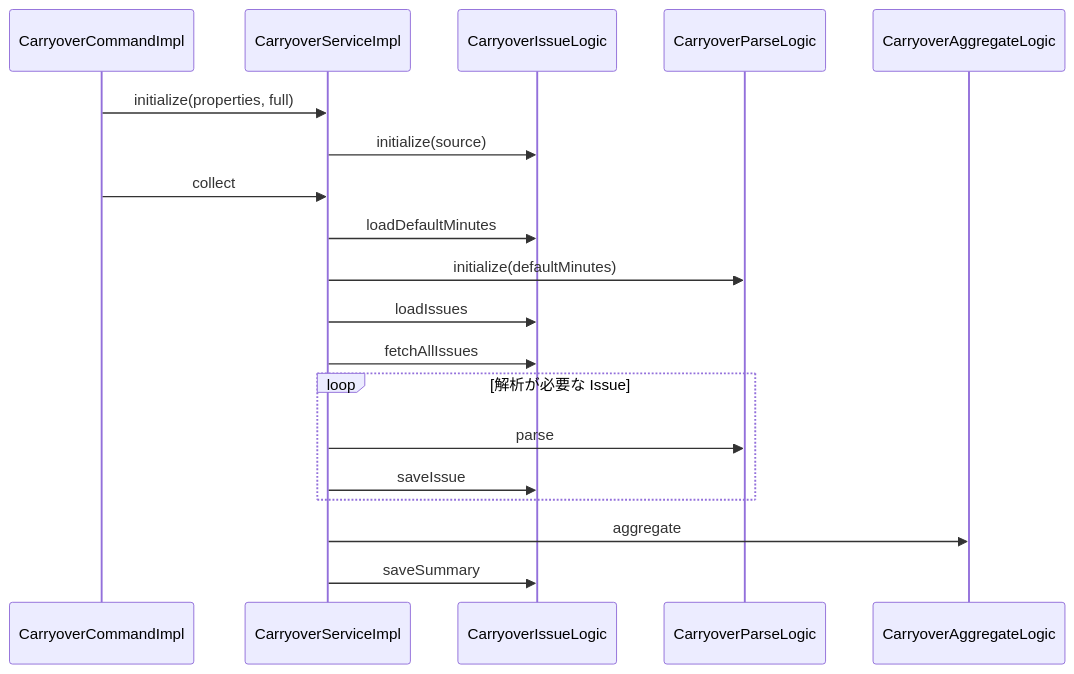
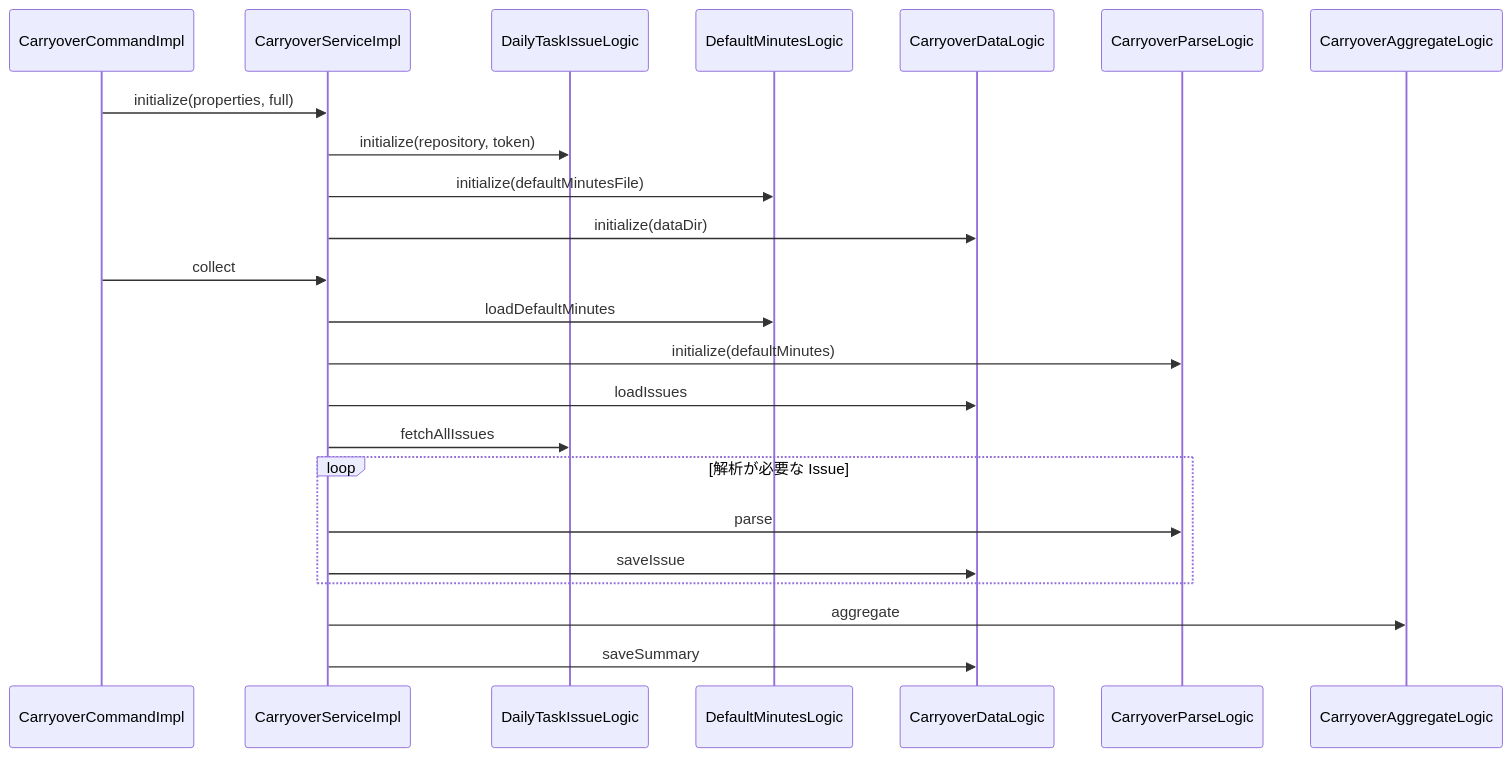
The diagram in docs/design/backend/03-processing.md (KenichiroArai/kb002_daily-tasks_doc), drawn with Mermaid before and after one commit. The commit also changed other lines of this file and 4 other files, not shown here.

````diff
--- a/docs/design/backend/03-processing.md
+++ b/docs/design/backend/03-processing.md
@@ -21,22 +21,26 @@
 ```mermaid
 sequenceDiagram
   participant Command as CarryoverCommandImpl
   participant Service as CarryoverServiceImpl
-  participant Issue as CarryoverIssueLogic
+  participant Issue as DailyTaskIssueLogic
+  participant Minutes as DefaultMinutesLogic
+  participant Data as CarryoverDataLogic
   participant Parse as CarryoverParseLogic
   participant Aggregate as CarryoverAggregateLogic
 
   Command->>Service: initialize(properties, full)
-  Service->>Issue: initialize(source)
+  Service->>Issue: initialize(repository, token)
+  Service->>Minutes: initialize(defaultMinutesFile)
+  Service->>Data: initialize(dataDir)
   Command->>Service: collect
-  Service->>Issue: loadDefaultMinutes
+  Service->>Minutes: loadDefaultMinutes
   Service->>Parse: initialize(defaultMinutes)
-  Service->>Issue: loadIssues
+  Service->>Data: loadIssues
   Service->>Issue: fetchAllIssues
   loop 解析が必要な Issue
     Service->>Parse: parse
-    Service->>Issue: saveIssue
+    Service->>Data: saveIssue
   end
   Service->>Aggregate: aggregate
-  Service->>Issue: saveSummary
+  Service->>Data: saveSummary
 ```
````
